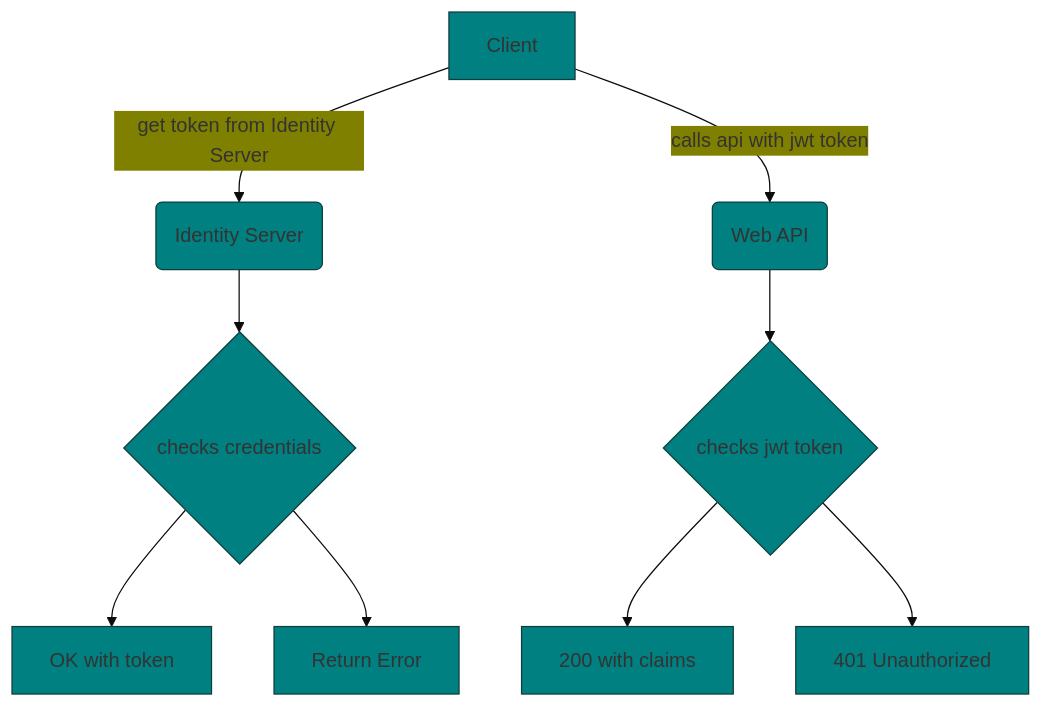
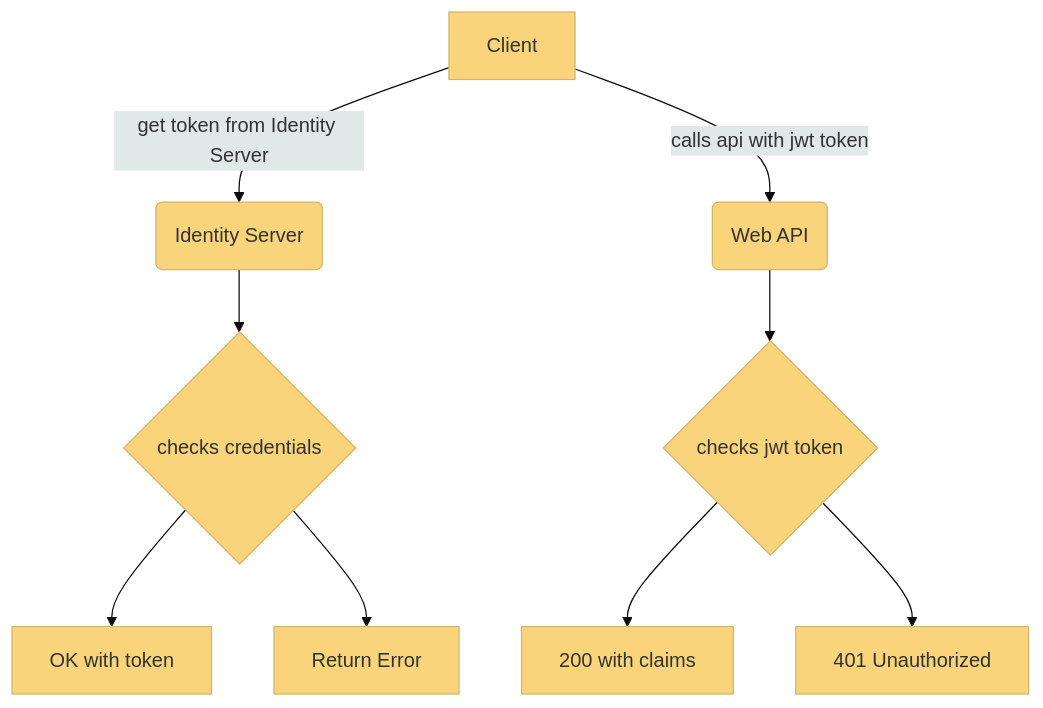
The first of 2 diagrams in README.md (LiteObject/TestIdentityServer), drawn with Mermaid before and after one commit.

Commit message:
updated md color

````diff
--- a/README.md
+++ b/README.md
@@ -38,13 +38,13 @@
 ```mermaid
-%%{init: {'theme':'base','themeVariables': { 'primaryColor': '#008080' }}}%%
+%%{init: {'theme':'base','themeVariables': { 'primaryColor': '#fad47a', 'secondaryColor':'#e1e8e8' }}}%%
 graph TD
     A[Client] -->|get token from Identity Server| B(Identity Server)
     B --> C{checks credentials}
     C -->D[OK with token] 
     C -->E[Return Error]
     A[Client] -->|calls api with jwt token| F(Web API)
     F --> G{checks jwt token}
     G -->I[200 with claims]
     G -->J[401 Unauthorized]
 
 ```
````
